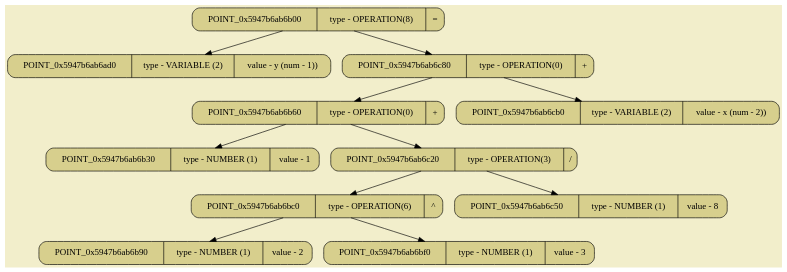
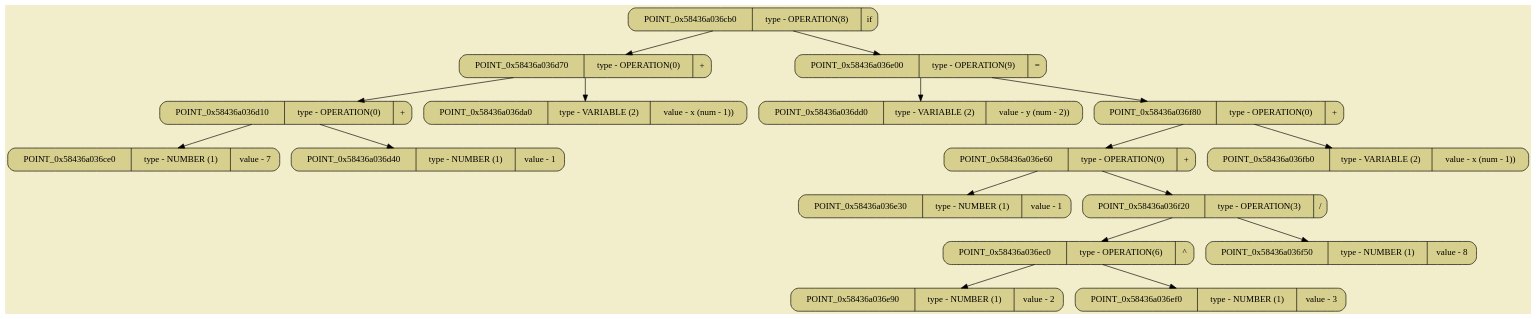
The diagram in all_dumps/pictures/image01.dot (SashaKhaytina/Language), drawn with Graphviz before and after one commit. The commit also changed 10 other files, not shown here.

```diff
--- a/all_dumps/pictures/image01.dot
+++ b/all_dumps/pictures/image01.dot
@@ -1,26 +1,38 @@
 digraph
 {
 bgcolor="#F2EECB";
 rankdir = TB;
-POINT_0x5947b6ab6b00[shape=Mrecord, label = "POINT_0x5947b6ab6b00 | type - OPERATION(8) | =", style="filled",fillcolor="#D7CF8D"]
-POINT_0x5947b6ab6ad0[shape=Mrecord, label = "POINT_0x5947b6ab6ad0 | type - VARIABLE (2) | value - y (num - 1))", style="filled",fillcolor="#D7CF8D"]
-POINT_0x5947b6ab6c80[shape=Mrecord, label = "POINT_0x5947b6ab6c80 | type - OPERATION(0) | +", style="filled",fillcolor="#D7CF8D"]
-POINT_0x5947b6ab6b60[shape=Mrecord, label = "POINT_0x5947b6ab6b60 | type - OPERATION(0) | +", style="filled",fillcolor="#D7CF8D"]
-POINT_0x5947b6ab6b30[shape=Mrecord, label = "POINT_0x5947b6ab6b30 | type - NUMBER (1) | value - 1", style="filled",fillcolor="#D7CF8D"]
-POINT_0x5947b6ab6c20[shape=Mrecord, label = "POINT_0x5947b6ab6c20 | type - OPERATION(3) | /", style="filled",fillcolor="#D7CF8D"]
-POINT_0x5947b6ab6bc0[shape=Mrecord, label = "POINT_0x5947b6ab6bc0 | type - OPERATION(6) | ^", style="filled",fillcolor="#D7CF8D"]
-POINT_0x5947b6ab6b90[shape=Mrecord, label = "POINT_0x5947b6ab6b90 | type - NUMBER (1) | value - 2", style="filled",fillcolor="#D7CF8D"]
-POINT_0x5947b6ab6bf0[shape=Mrecord, label = "POINT_0x5947b6ab6bf0 | type - NUMBER (1) | value - 3", style="filled",fillcolor="#D7CF8D"]
-POINT_0x5947b6ab6c50[shape=Mrecord, label = "POINT_0x5947b6ab6c50 | type - NUMBER (1) | value - 8", style="filled",fillcolor="#D7CF8D"]
-POINT_0x5947b6ab6cb0[shape=Mrecord, label = "POINT_0x5947b6ab6cb0 | type - VARIABLE (2) | value - x (num - 2))", style="filled",fillcolor="#D7CF8D"]
-POINT_0x5947b6ab6b00 -> POINT_0x5947b6ab6ad0
-POINT_0x5947b6ab6b00 -> POINT_0x5947b6ab6c80
-POINT_0x5947b6ab6c80 -> POINT_0x5947b6ab6b60
-POINT_0x5947b6ab6c80 -> POINT_0x5947b6ab6cb0
-POINT_0x5947b6ab6b60 -> POINT_0x5947b6ab6b30
-POINT_0x5947b6ab6b60 -> POINT_0x5947b6ab6c20
-POINT_0x5947b6ab6c20 -> POINT_0x5947b6ab6bc0
-POINT_0x5947b6ab6c20 -> POINT_0x5947b6ab6c50
-POINT_0x5947b6ab6bc0 -> POINT_0x5947b6ab6b90
-POINT_0x5947b6ab6bc0 -> POINT_0x5947b6ab6bf0
+POINT_0x58436a036cb0[shape=Mrecord, label = "POINT_0x58436a036cb0 | type - OPERATION(8) | if", style="filled",fillcolor="#D7CF8D"]
+POINT_0x58436a036d70[shape=Mrecord, label = "POINT_0x58436a036d70 | type - OPERATION(0) | +", style="filled",fillcolor="#D7CF8D"]
+POINT_0x58436a036d10[shape=Mrecord, label = "POINT_0x58436a036d10 | type - OPERATION(0) | +", style="filled",fillcolor="#D7CF8D"]
+POINT_0x58436a036ce0[shape=Mrecord, label = "POINT_0x58436a036ce0 | type - NUMBER (1) | value - 7", style="filled",fillcolor="#D7CF8D"]
+POINT_0x58436a036d40[shape=Mrecord, label = "POINT_0x58436a036d40 | type - NUMBER (1) | value - 1", style="filled",fillcolor="#D7CF8D"]
+POINT_0x58436a036da0[shape=Mrecord, label = "POINT_0x58436a036da0 | type - VARIABLE (2) | value - x (num - 1))", style="filled",fillcolor="#D7CF8D"]
+POINT_0x58436a036e00[shape=Mrecord, label = "POINT_0x58436a036e00 | type - OPERATION(9) | =", style="filled",fillcolor="#D7CF8D"]
+POINT_0x58436a036dd0[shape=Mrecord, label = "POINT_0x58436a036dd0 | type - VARIABLE (2) | value - y (num - 2))", style="filled",fillcolor="#D7CF8D"]
+POINT_0x58436a036f80[shape=Mrecord, label = "POINT_0x58436a036f80 | type - OPERATION(0) | +", style="filled",fillcolor="#D7CF8D"]
+POINT_0x58436a036e60[shape=Mrecord, label = "POINT_0x58436a036e60 | type - OPERATION(0) | +", style="filled",fillcolor="#D7CF8D"]
+POINT_0x58436a036e30[shape=Mrecord, label = "POINT_0x58436a036e30 | type - NUMBER (1) | value - 1", style="filled",fillcolor="#D7CF8D"]
+POINT_0x58436a036f20[shape=Mrecord, label = "POINT_0x58436a036f20 | type - OPERATION(3) | /", style="filled",fillcolor="#D7CF8D"]
+POINT_0x58436a036ec0[shape=Mrecord, label = "POINT_0x58436a036ec0 | type - OPERATION(6) | ^", style="filled",fillcolor="#D7CF8D"]
+POINT_0x58436a036e90[shape=Mrecord, label = "POINT_0x58436a036e90 | type - NUMBER (1) | value - 2", style="filled",fillcolor="#D7CF8D"]
+POINT_0x58436a036ef0[shape=Mrecord, label = "POINT_0x58436a036ef0 | type - NUMBER (1) | value - 3", style="filled",fillcolor="#D7CF8D"]
+POINT_0x58436a036f50[shape=Mrecord, label = "POINT_0x58436a036f50 | type - NUMBER (1) | value - 8", style="filled",fillcolor="#D7CF8D"]
+POINT_0x58436a036fb0[shape=Mrecord, label = "POINT_0x58436a036fb0 | type - VARIABLE (2) | value - x (num - 1))", style="filled",fillcolor="#D7CF8D"]
+POINT_0x58436a036cb0 -> POINT_0x58436a036d70
+POINT_0x58436a036cb0 -> POINT_0x58436a036e00
+POINT_0x58436a036d70 -> POINT_0x58436a036d10
+POINT_0x58436a036d70 -> POINT_0x58436a036da0
+POINT_0x58436a036d10 -> POINT_0x58436a036ce0
+POINT_0x58436a036d10 -> POINT_0x58436a036d40
+POINT_0x58436a036e00 -> POINT_0x58436a036dd0
+POINT_0x58436a036e00 -> POINT_0x58436a036f80
+POINT_0x58436a036f80 -> POINT_0x58436a036e60
+POINT_0x58436a036f80 -> POINT_0x58436a036fb0
+POINT_0x58436a036e60 -> POINT_0x58436a036e30
+POINT_0x58436a036e60 -> POINT_0x58436a036f20
+POINT_0x58436a036f20 -> POINT_0x58436a036ec0
+POINT_0x58436a036f20 -> POINT_0x58436a036f50
+POINT_0x58436a036ec0 -> POINT_0x58436a036e90
+POINT_0x58436a036ec0 -> POINT_0x58436a036ef0
 }
```
